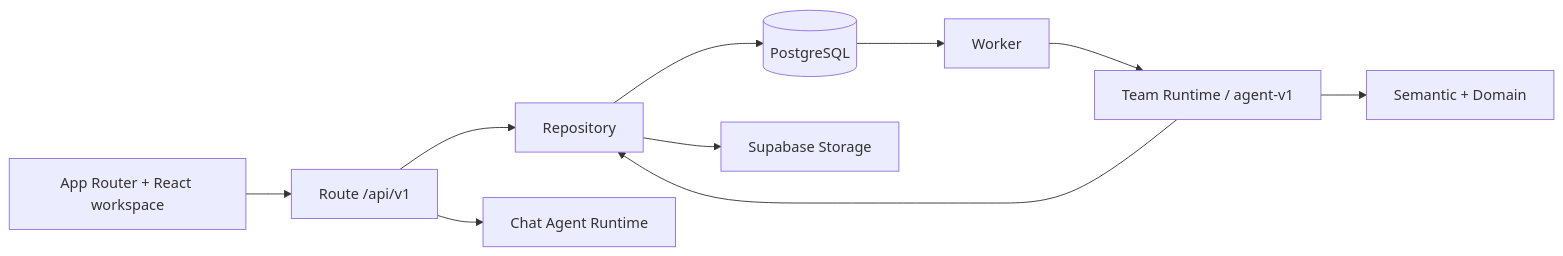
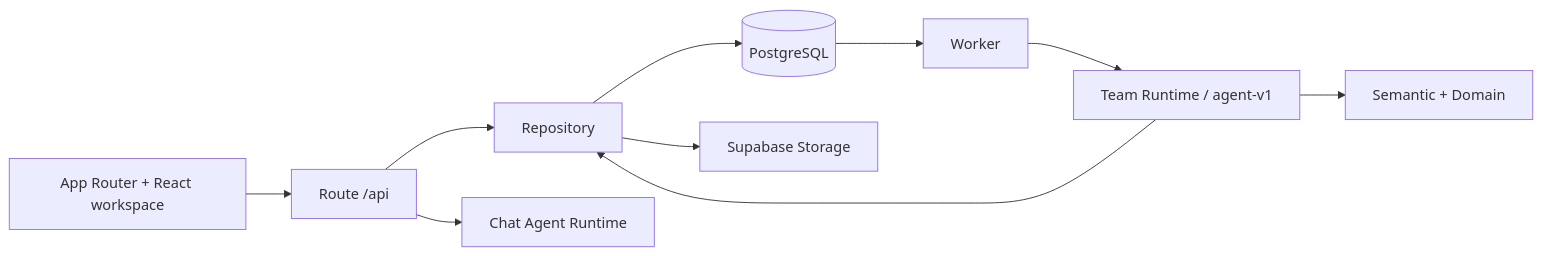
The diagram in docs/architecture/overview.md (mhiu05/VDaAgent), drawn with Mermaid before and after one commit. The commit also changed 752 other files, not shown here.

````diff
--- a/docs/architecture/overview.md
+++ b/docs/architecture/overview.md
@@ -3,12 +3,12 @@
 ```mermaid
 flowchart LR
-  UI[App Router + React workspace] --> API[Route /api/v1]
+  UI[App Router + React workspace] --> API[Route /api]
   API --> REPO[Repository]
   API --> RT[Chat Agent Runtime]
   REPO --> DB[(PostgreSQL)]
   REPO --> STORE[Supabase Storage]
   DB --> WK[Worker]
   WK --> TEAM[Team Runtime / agent-v1]
   TEAM --> SEM[Semantic + Domain]
   TEAM --> REPO
 ```
````
